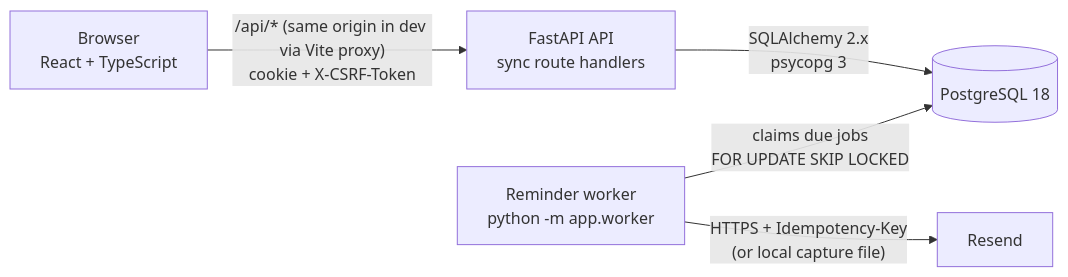
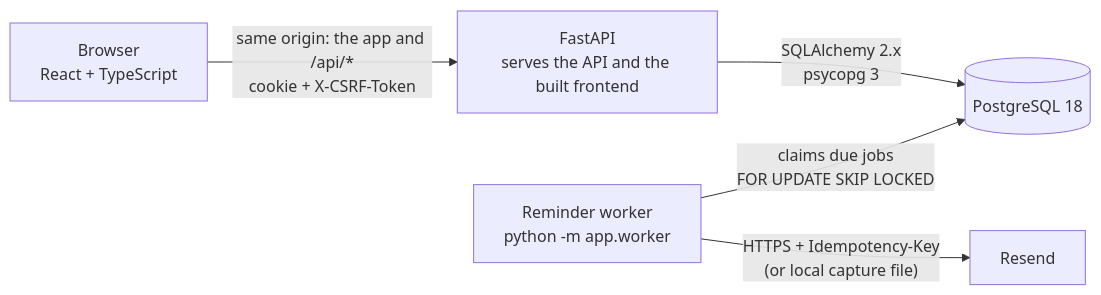
Before and after one commit to kplaza1009-create/campusflow: the first of 3 diagrams in README.md, drawn with Mermaid. The commit also changed other lines of this file, not shown here.

````diff
--- a/README.md
+++ b/README.md
@@ -46,7 +58,7 @@
 ```mermaid
 flowchart LR
-  B[Browser<br/>React + TypeScript] -- "/api/* (same origin in dev via Vite proxy)<br/>cookie + X-CSRF-Token" --> A[FastAPI API<br/>sync route handlers]
+  B[Browser<br/>React + TypeScript] -- "same origin: the app and /api/*<br/>cookie + X-CSRF-Token" --> A[FastAPI<br/>serves the API and the built frontend]
   A -- SQLAlchemy 2.x<br/>psycopg 3 --> D[(PostgreSQL 18)]
   W[Reminder worker<br/>python -m app.worker] -- "claims due jobs<br/>FOR UPDATE SKIP LOCKED" --> D
   W -- "HTTPS + Idempotency-Key<br/>(or local capture file)" --> R[Resend]
 ```
````
